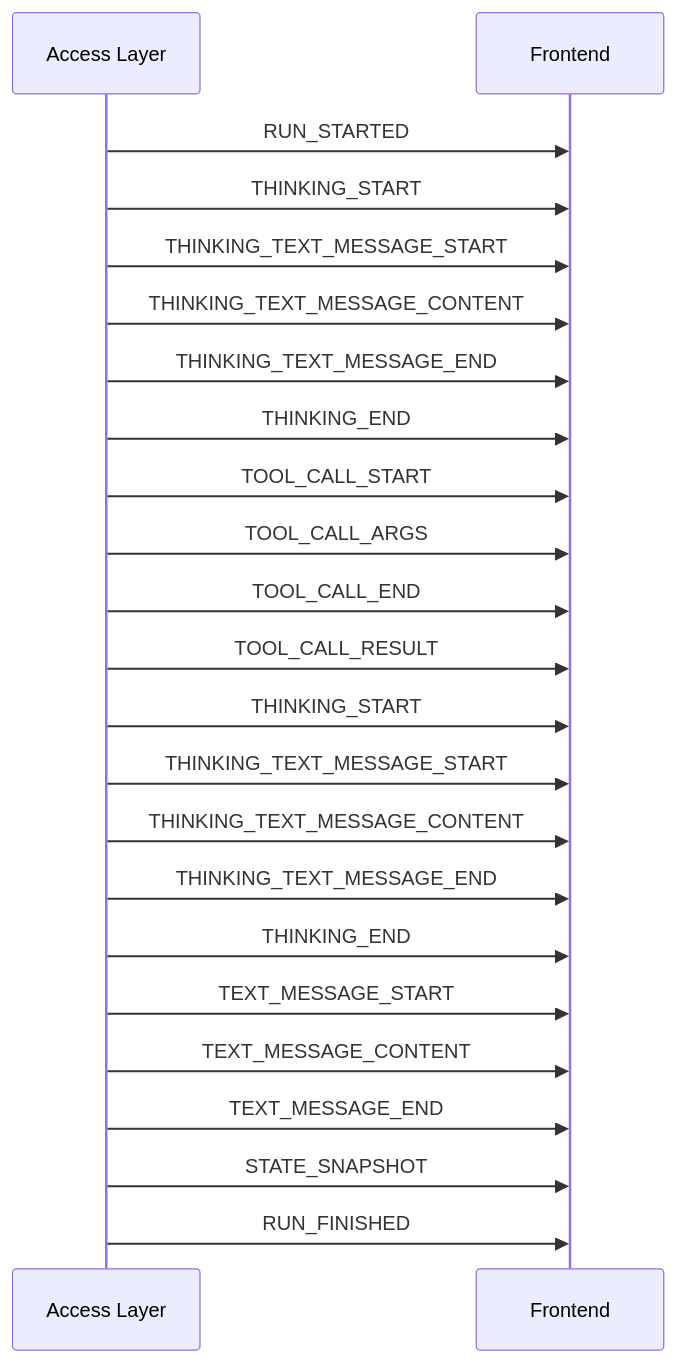
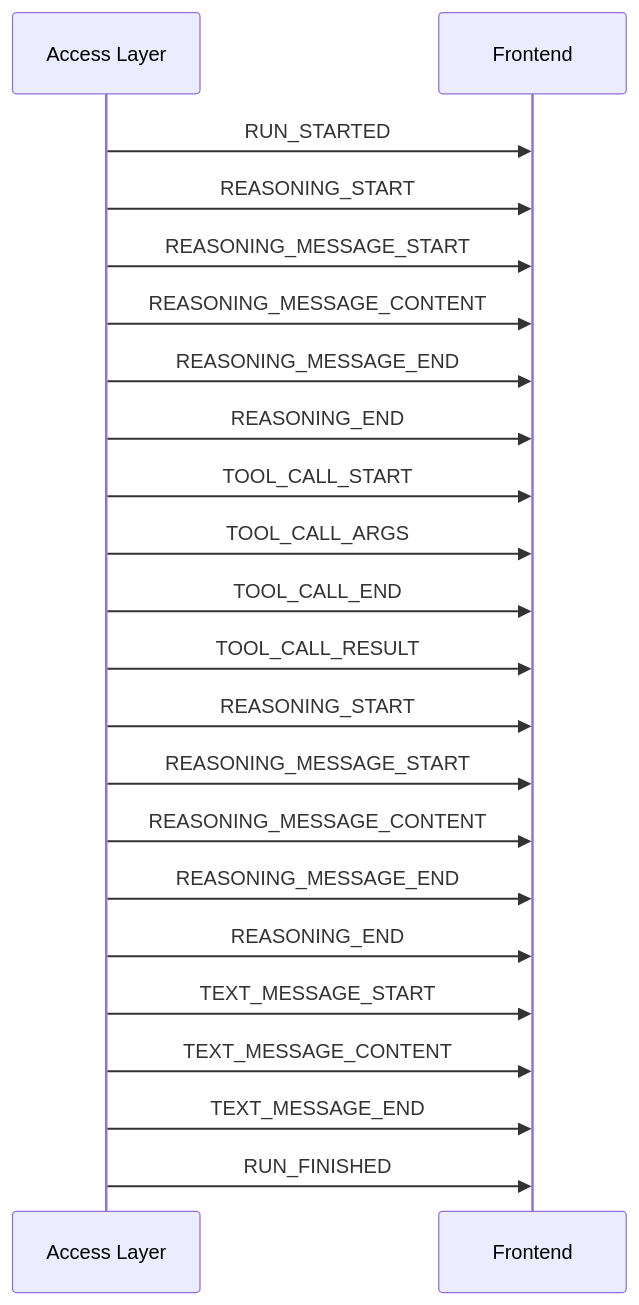
The diagram in docs/ag-ui-protocol.md (Sun-Kas/k_agent), drawn with Mermaid before and after one commit. The commit also changed other lines of this file and 116 other files, not shown here.

Commit message:
Refactor agent architecture and improve frontend integration

````diff
--- a/docs/ag-ui-protocol.md
+++ b/docs/ag-ui-protocol.md
@@ -145,26 +143,25 @@
 ```mermaid
 sequenceDiagram
     participant A as Access Layer
     participant F as Frontend
 
     A->>F: RUN_STARTED
-    A->>F: THINKING_START
-    A->>F: THINKING_TEXT_MESSAGE_START
-    A->>F: THINKING_TEXT_MESSAGE_CONTENT
-    A->>F: THINKING_TEXT_MESSAGE_END
-    A->>F: THINKING_END
+    A->>F: REASONING_START
+    A->>F: REASONING_MESSAGE_START
+    A->>F: REASONING_MESSAGE_CONTENT
+    A->>F: REASONING_MESSAGE_END
+    A->>F: REASONING_END
     A->>F: TOOL_CALL_START
     A->>F: TOOL_CALL_ARGS
     A->>F: TOOL_CALL_END
     A->>F: TOOL_CALL_RESULT
-    A->>F: THINKING_START
-    A->>F: THINKING_TEXT_MESSAGE_START
-    A->>F: THINKING_TEXT_MESSAGE_CONTENT
-    A->>F: THINKING_TEXT_MESSAGE_END
-    A->>F: THINKING_END
+    A->>F: REASONING_START
+    A->>F: REASONING_MESSAGE_START
+    A->>F: REASONING_MESSAGE_CONTENT
+    A->>F: REASONING_MESSAGE_END
+    A->>F: REASONING_END
     A->>F: TEXT_MESSAGE_START
     A->>F: TEXT_MESSAGE_CONTENT
     A->>F: TEXT_MESSAGE_END
-    A->>F: STATE_SNAPSHOT
     A->>F: RUN_FINISHED
 ```
````
